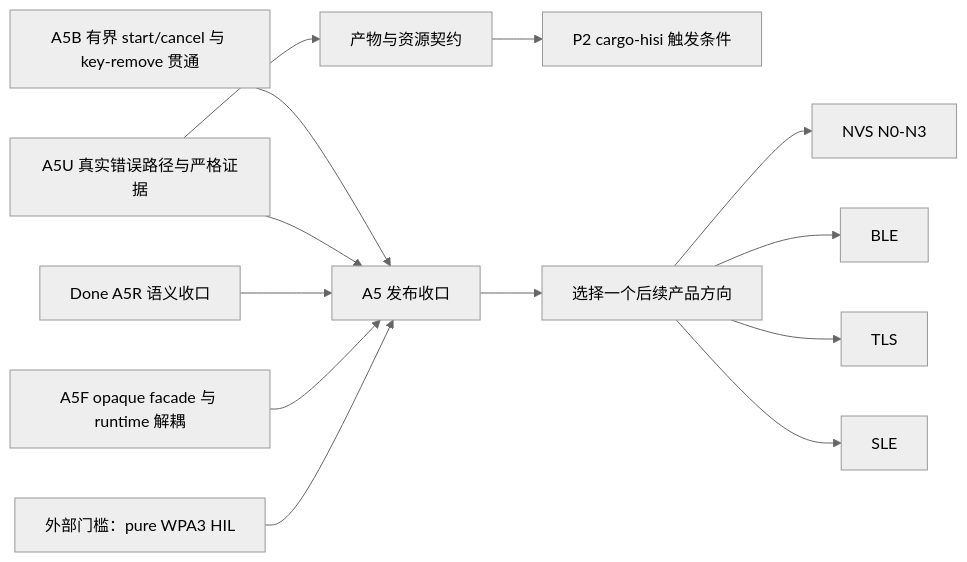
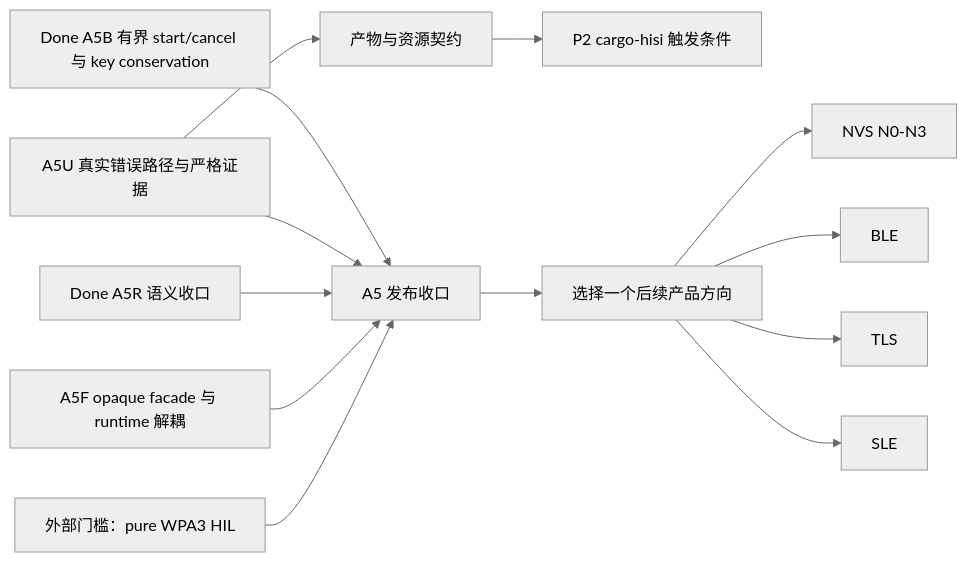
One commit to hispark-rs/hisi-riscv-rs changed the diagram in docs/plan/README.md. Above: the diagram before and after it, drawn with Mermaid (neutral theme). The commit also changed other lines of this file and 3 other files, not shown here.

Commit message:
docs: close A5 host key conservation gate

````diff
--- a/docs/plan/README.md
+++ b/docs/plan/README.md
@@ -41,15 +41,15 @@
 ```mermaid
 flowchart LR
-    A5B["A5B 有界 start/cancel 与 key-remove 贯通"] --> A5["A5 发布收口"]
+    A5B["Done A5B 有界 start/cancel 与 key conservation"] --> A5["A5 发布收口"]
     A5U["A5U 真实错误路径与严格证据"] --> A5
     A5U --> REPORT["产物与资源契约"]
     REPORT --> CLI["P2 cargo-hisi 触发条件"]
     A5R["Done A5R 语义收口"] --> A5
     A5F["A5F opaque facade 与 runtime 解耦"] --> A5
     WPA3["外部门槛：pure WPA3 HIL"] --> A5
     A5 --> PRODUCT["选择一个后续产品方向"]
     PRODUCT --> NVS["NVS N0-N3"]
     PRODUCT --> BLE["BLE"]
     PRODUCT --> TLS["TLS"]
     PRODUCT --> SLE["SLE"]
 ```
````
